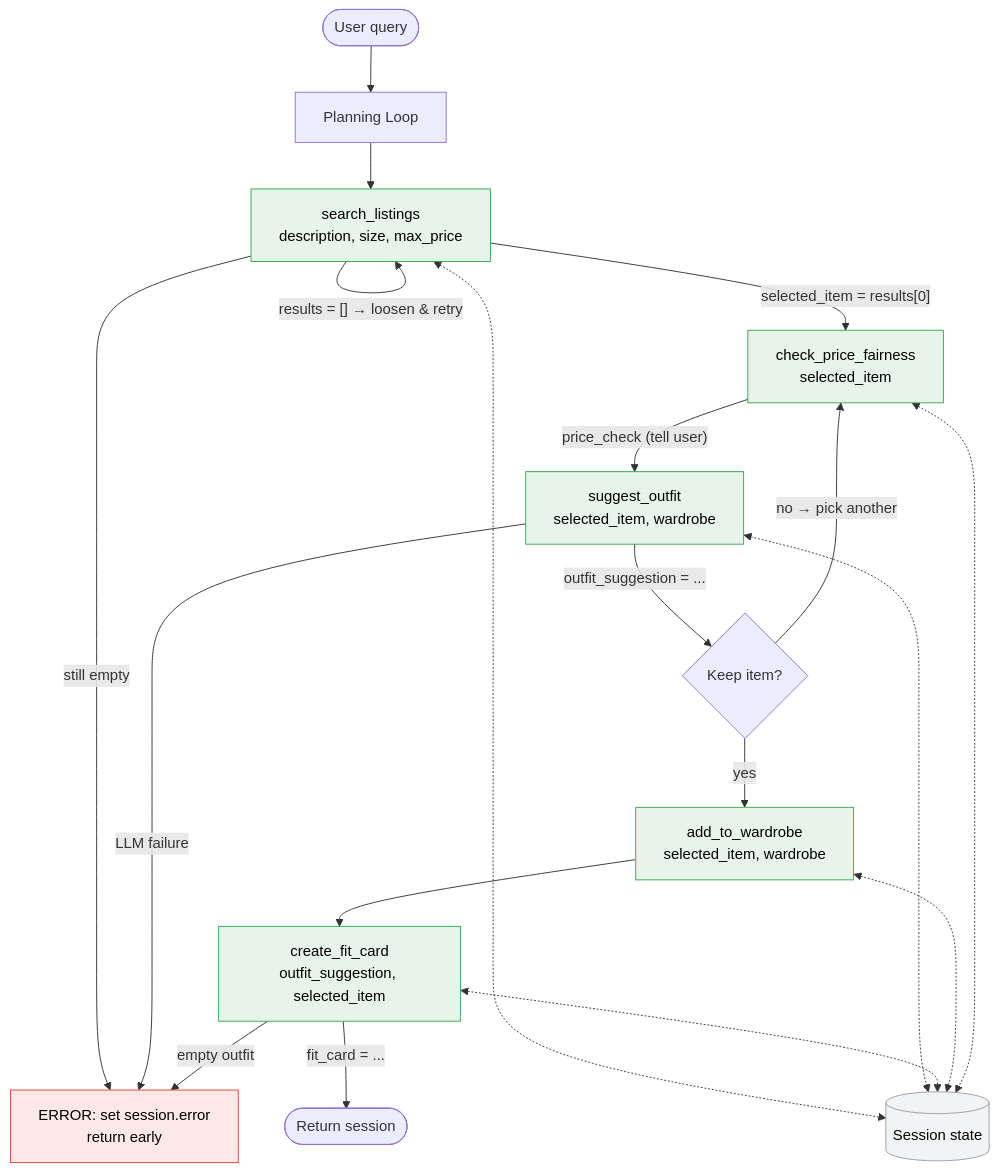
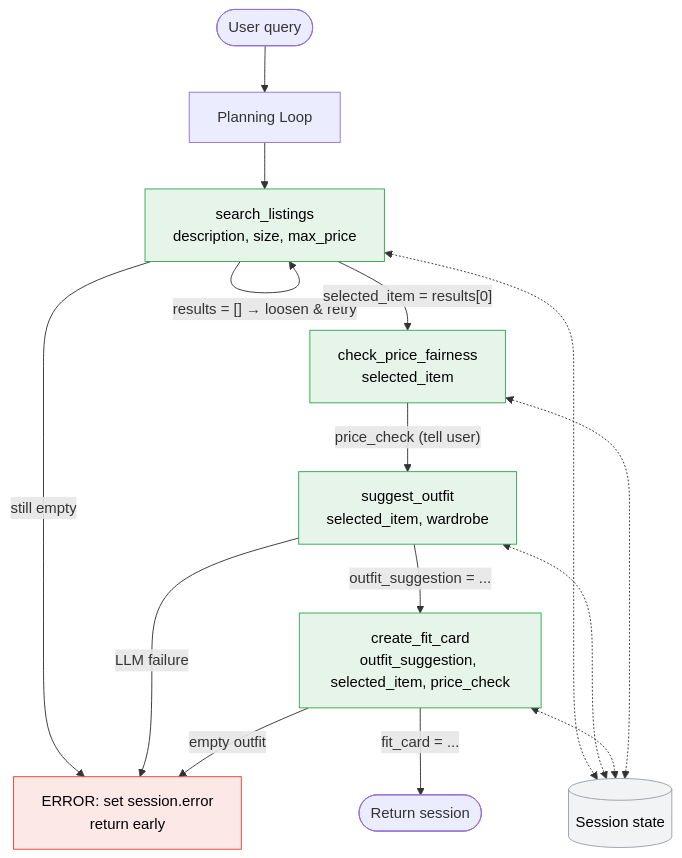
The diagram in planning.md (MiaNguyen912/ai201-project2-fitfindr-starter), drawn with Mermaid before and after one commit. The commit also changed other lines of this file, not shown here.

````diff
--- a/planning.md
+++ b/planning.md
@@ -378,26 +344,22 @@
 ```mermaid
 flowchart TD
     User([User query]) --> Loop[Planning Loop]
     Loop --> T1[search_listings<br/>description, size, max_price]:::tool
     T1 -->|"results = [] → loosen & retry"| T1
     T1 -->|"still empty"| Err[ERROR: set session.error<br/>return early]:::error
     T1 -->|"selected_item = results[0]"| T5[check_price_fairness<br/>selected_item]:::tool
     T5 -->|"price_check (tell user)"| T2[suggest_outfit<br/>selected_item, wardrobe]:::tool
     T2 -->|"LLM failure"| Err
-    T2 -->|"outfit_suggestion = ..."| Keep{Keep item?}
-    Keep -->|"no → pick another"| T5
-    Keep -->|"yes"| T4[add_to_wardrobe<br/>selected_item, wardrobe]:::tool
-    T4 --> T3[create_fit_card<br/>outfit_suggestion, selected_item]:::tool
+    T2 -->|"outfit_suggestion = ..."| T3[create_fit_card<br/>outfit_suggestion, selected_item, price_check]:::tool
     T3 -->|"empty outfit"| Err
     T3 -->|"fit_card = ..."| Done([Return session])
 
     T1 <-.-> State[(Session state)]:::state
     T2 <-.-> State
     T3 <-.-> State
-    T4 <-.-> State
     T5 <-.-> State
 
     classDef tool fill:#e6f4ea,stroke:#34a853,color:#000;
     classDef state fill:#f1f3f4,stroke:#9aa0a6,color:#000;
     classDef error fill:#fce8e6,stroke:#ea4335,color:#000;
 ```
````
